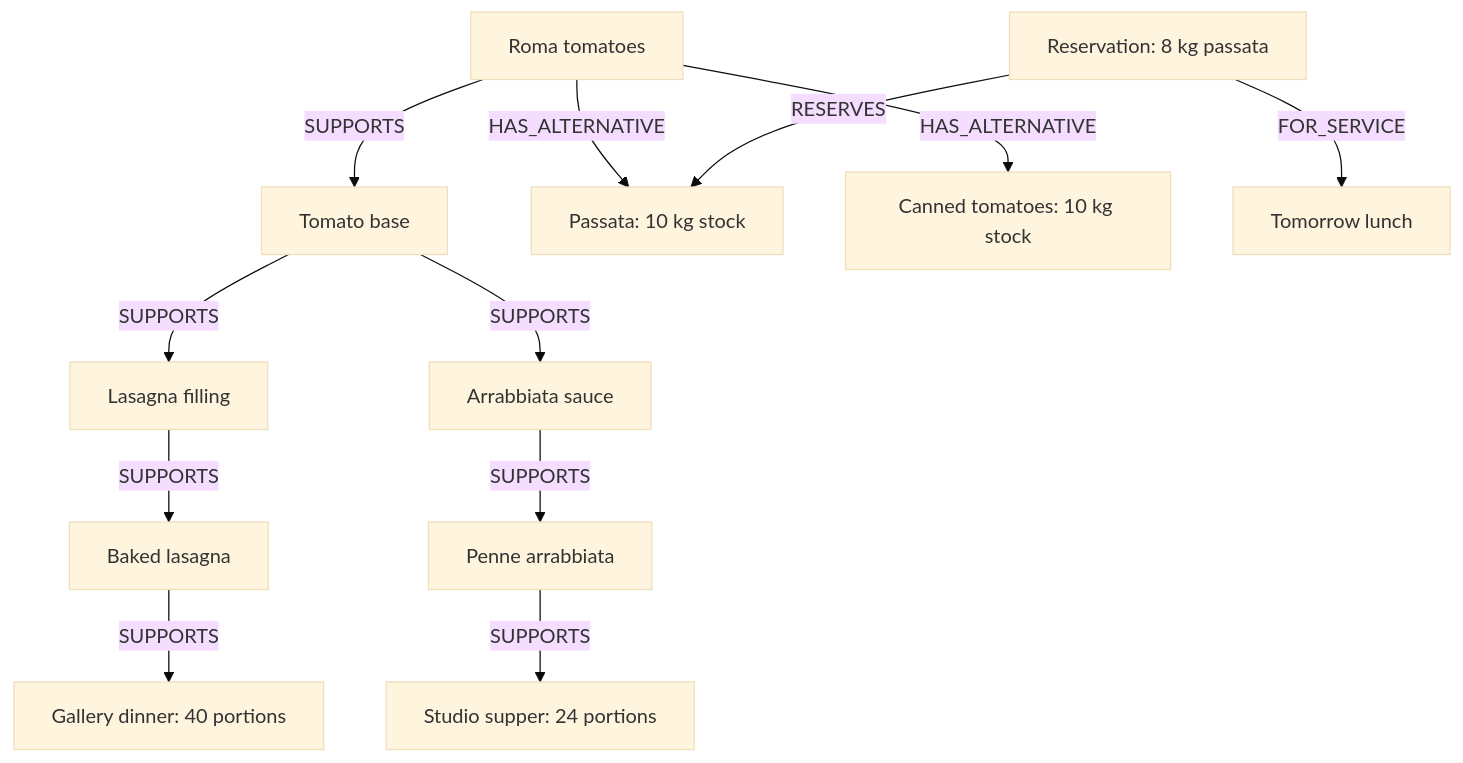
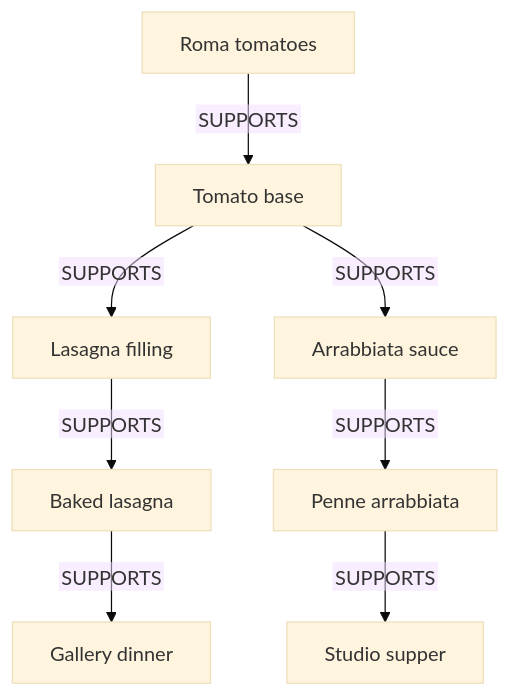
Before and after one commit to elisabethlvn/savora-kitchen-rescue: the first of 2 diagrams in README.md, drawn with Mermaid (base theme). The commit also changed other lines of this file, not shown here.

First line of the commit message:
Fix clipped graph labels and split README diagrams

````diff
--- a/README.md
+++ b/README.md
@@ -27,14 +29,16 @@
 ```mermaid
+---
+config:
+  htmlLabels: false
+  flowchart:
+    useMaxWidth: true
+---
 flowchart TD
     roma["Roma tomatoes"] -->|SUPPORTS| base["Tomato base"]
     base -->|SUPPORTS| filling["Lasagna filling"]
     filling -->|SUPPORTS| lasagna["Baked lasagna"]
-    lasagna -->|SUPPORTS| gallery["Gallery dinner: 40 portions"]
+    lasagna -->|SUPPORTS| gallery["Gallery dinner"]
     base -->|SUPPORTS| sauce["Arrabbiata sauce"]
     sauce -->|SUPPORTS| penne["Penne arrabbiata"]
-    penne -->|SUPPORTS| studio["Studio supper: 24 portions"]
-    roma -->|HAS_ALTERNATIVE| passata["Passata: 10 kg stock"]
-    roma -->|HAS_ALTERNATIVE| canned["Canned tomatoes: 10 kg stock"]
-    reservation["Reservation: 8 kg passata"] -->|RESERVES| passata
-    reservation -->|FOR_SERVICE| lunch["Tomorrow lunch"]
+    penne -->|SUPPORTS| studio["Studio supper"]
 ```
````
